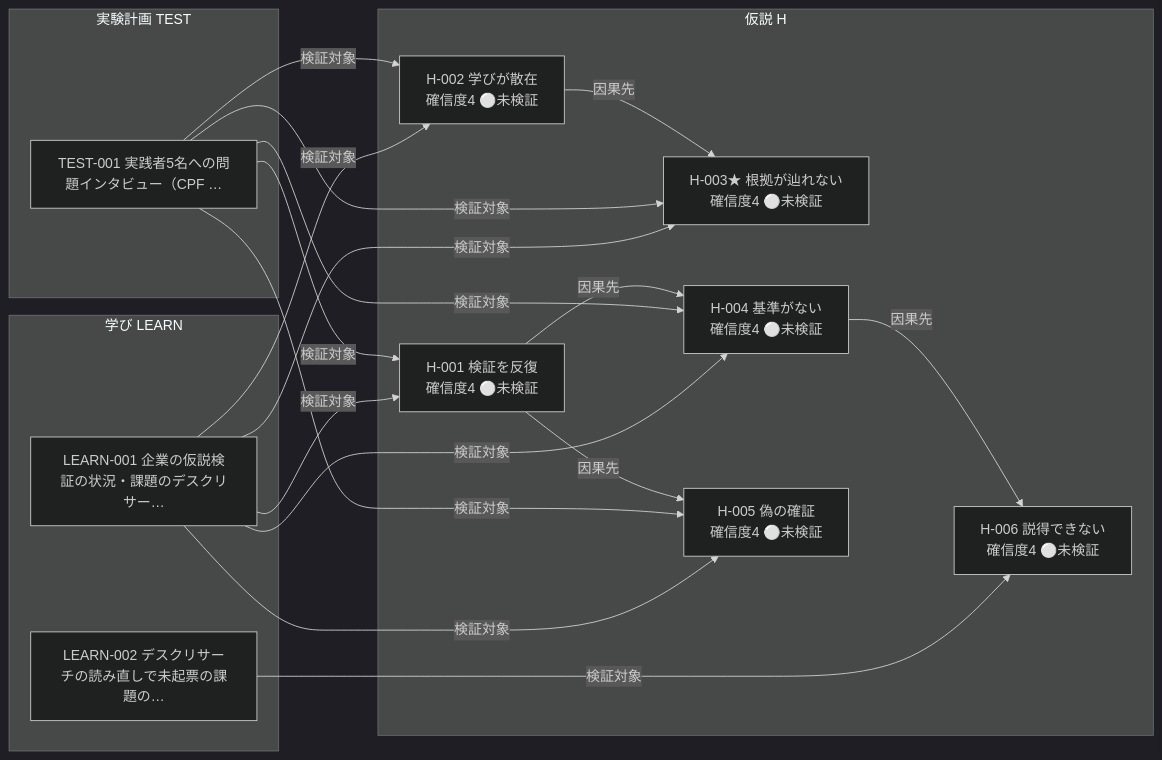
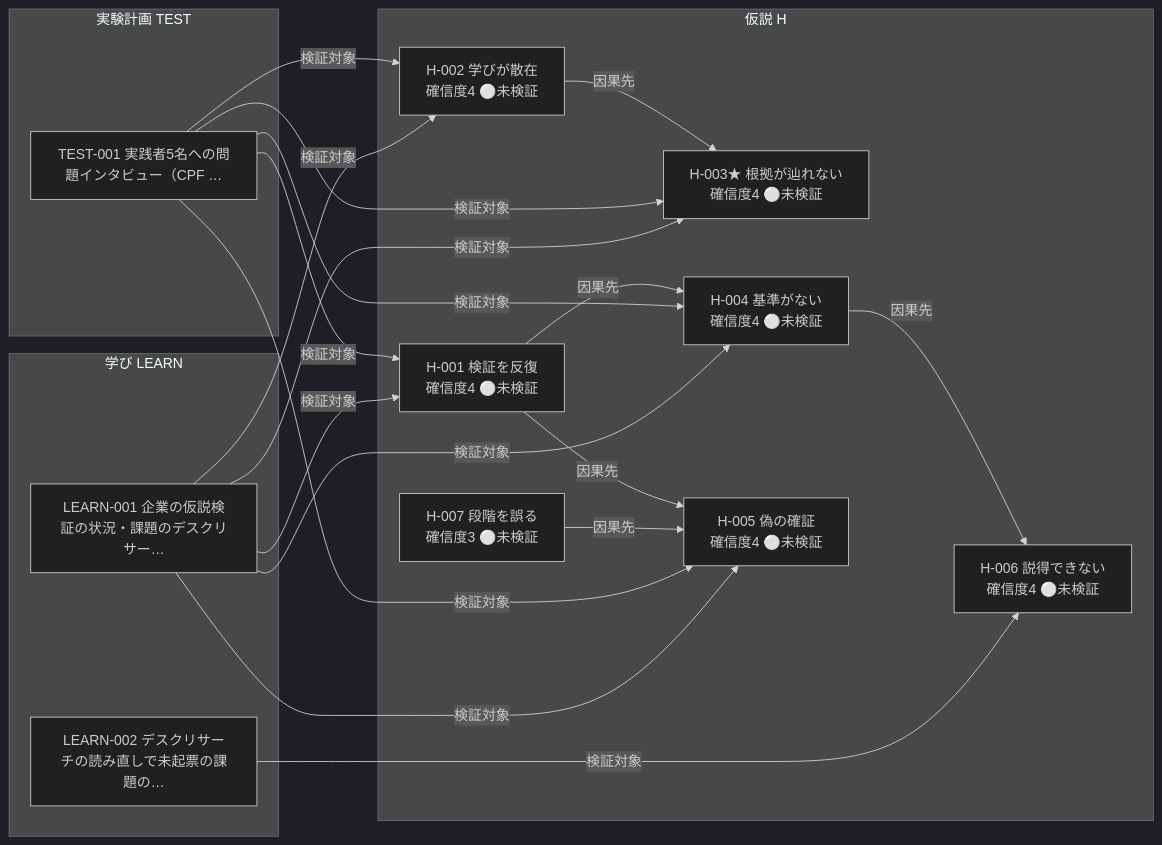
Before and after one commit to haru01/hypothesis-wiki: the diagram in projects/self/wiki/views/relations.md, drawn with Mermaid (dark theme). The commit also changed other lines of this file and 52 other files, not shown here.

````diff
--- a/projects/self/wiki/views/relations.md
+++ b/projects/self/wiki/views/relations.md
@@ -9,33 +9,35 @@
 ```mermaid
 flowchart LR
     subgraph H["仮説 H"]
       SELF_H_001["H-001 検証を反復<br/>確信度4 ⚪未検証"]
       SELF_H_002["H-002 学びが散在<br/>確信度4 ⚪未検証"]
       SELF_H_003["H-003★ 根拠が辿れない<br/>確信度4 ⚪未検証"]
       SELF_H_004["H-004 基準がない<br/>確信度4 ⚪未検証"]
       SELF_H_005["H-005 偽の確証<br/>確信度4 ⚪未検証"]
       SELF_H_006["H-006 説得できない<br/>確信度4 ⚪未検証"]
+      SELF_H_007["H-007 段階を誤る<br/>確信度3 ⚪未検証"]
     end
     subgraph TEST["実験計画 TEST"]
       SELF_TEST_001["TEST-001 実践者5名への問題インタビュー（CPF …"]
     end
     subgraph LEARN["学び LEARN"]
       SELF_LEARN_001["LEARN-001 企業の仮説検証の状況・課題のデスクリサー…"]
       SELF_LEARN_002["LEARN-002 デスクリサーチの読み直しで未起票の課題の…"]
     end
     SELF_H_001 -->|因果先| SELF_H_004
     SELF_H_001 -->|因果先| SELF_H_005
     SELF_H_002 -->|因果先| SELF_H_003
     SELF_H_004 -->|因果先| SELF_H_006
+    SELF_H_007 -->|因果先| SELF_H_005
     SELF_TEST_001 -->|検証対象| SELF_H_001
     SELF_TEST_001 -->|検証対象| SELF_H_002
     SELF_TEST_001 -->|検証対象| SELF_H_003
     SELF_TEST_001 -->|検証対象| SELF_H_004
     SELF_TEST_001 -->|検証対象| SELF_H_005
     SELF_LEARN_001 -->|検証対象| SELF_H_001
     SELF_LEARN_001 -->|検証対象| SELF_H_002
     SELF_LEARN_001 -->|検証対象| SELF_H_003
     SELF_LEARN_001 -->|検証対象| SELF_H_004
     SELF_LEARN_001 -->|検証対象| SELF_H_005
     SELF_LEARN_002 -->|検証対象| SELF_H_006
 ```
````
